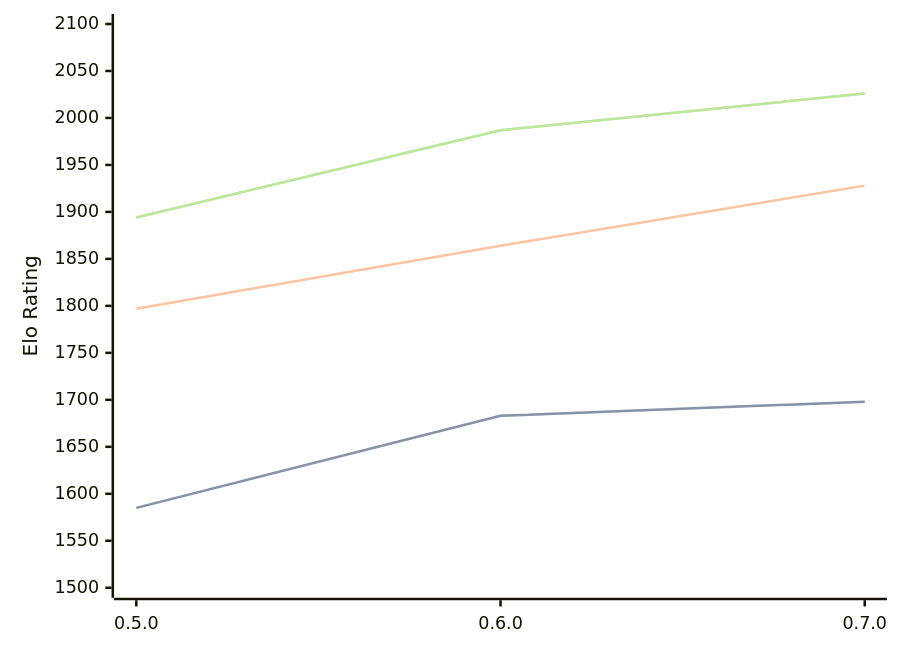
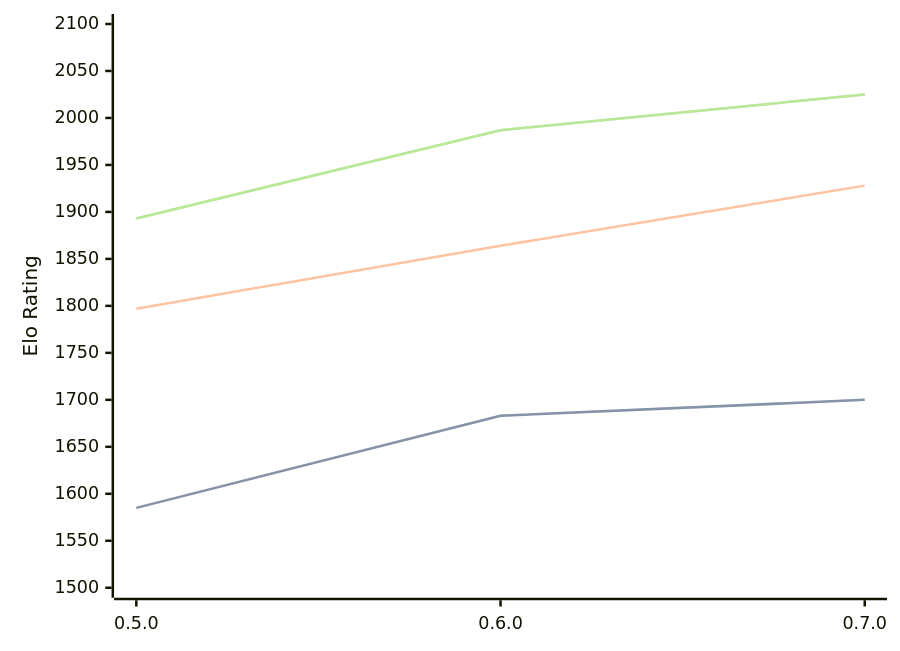
Before and after one commit to computer-chess-index/cci: the diagram in engines/Chess-rs.md, drawn with Mermaid. The commit also changed other lines of this file, not shown here.

Commit message:
Update CCI Ratings (ELO VLTC) - 2026-10-01

````diff
--- a/engines/Chess-rs.md
+++ b/engines/Chess-rs.md
@@ -33,11 +33,11 @@
 ```mermaid
 %%{init: {"theme":"base","themeVariables":{"seriesColors:['#a3a3a3','#222221','#faa371']}}}%%
 xychart-beta
   x-axis ["0.5.0", "0.6.0", "0.7.0"]
   y-axis "Elo Rating" 1500 --> 2100
-  line "" [1585, 1683, 1698]
-  line "STC (8.0+0.08s)" [1585, 1683, 1698]
+  line "" [1585, 1683, 1700]
+  line "STC (8.0+0.08s)" [1585, 1683, 1700]
   line "LTC (60.0+0.60s)" [1797, 1864, 1928]
-  line "" [1894, 1987, 2026]
-  line "VLTC (2m24s+1.12s)" [1894, 1987, 2026]
+  line "" [1893, 1987, 2025]
+  line "VLTC (2m24s+1.12s)" [1893, 1987, 2025]
 ```
````
